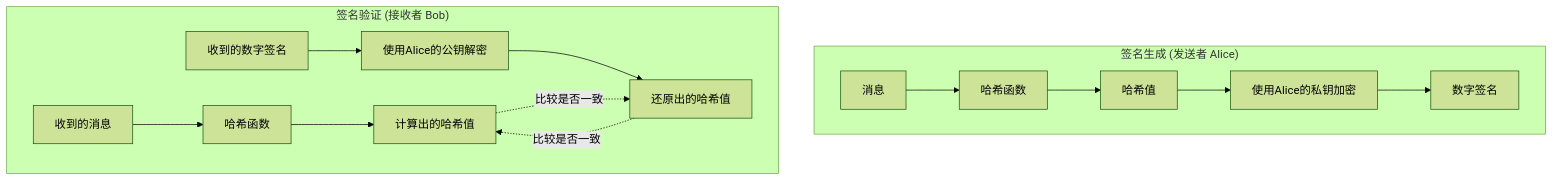
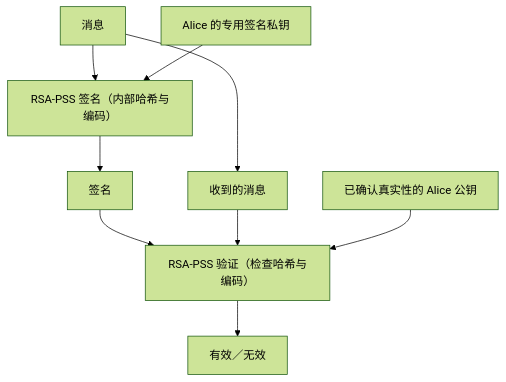
The second of 3 diagrams in content/post/modern-cryptography-public-key-hash-signature/index.zh-cn.md (kenjinote/blog), drawn with Mermaid (forest theme) before and after one commit. The commit also changed other lines of this file and 5 other files, not shown here.

````diff
--- a/content/post/modern-cryptography-public-key-hash-signature/index.zh-cn.md
+++ b/content/post/modern-cryptography-public-key-hash-signature/index.zh-cn.md
@@ -231,20 +218,11 @@
 ```mermaid
 graph TD
-    subgraph "签名生成 (发送者 Alice)"
-        M1["消息"] --> H1["哈希函数"]
-        H1 --> Hash1["哈希值"]
-        Hash1 --> Sign["使用Alice的私钥加密"]
-        Sign --> Sig["数字签名"]
-    end
-
-    subgraph "签名验证 (接收者 Bob)"
-        M2["收到的消息"] --> H2["哈希函数"]
-        H2 --> Hash2["计算出的哈希值"]
-        
-        Sig2["收到的数字签名"] --> Ver["使用Alice的公钥解密"]
-        Ver --> Hash3["还原出的哈希值"]
-        
-        Hash2 -.->|"比较是否一致"| Hash3
-        Hash3 -.->|"比较是否一致"| Hash2
-    end
+    M["消息"] --> S["RSA-PSS 签名（内部哈希与编码）"]
+    SK["Alice 的专用签名私钥"] --> S
+    S --> SIG["签名"]
+    M --> RM["收到的消息"]
+    SIG --> V["RSA-PSS 验证（检查哈希与编码）"]
+    RM --> V
+    PK["已确认真实性的 Alice 公钥"] --> V
+    V --> R["有效／无效"]
 ```
````
